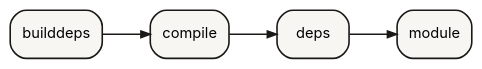
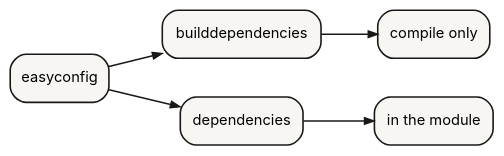
One commit to HaoZeke/what-easybuild-is-doing changed the diagram in source/_static/diagrams/15-build-dependencies-are-not-dependencies.dot. Above: the diagram before and after it, drawn with Graphviz. The commit also changed 257 other files, not shown here.

```diff
--- a/source/_static/diagrams/15-build-dependencies-are-not-dependencies.dot
+++ b/source/_static/diagrams/15-build-dependencies-are-not-dependencies.dot
@@ -1,14 +1,15 @@
 digraph g_15_build_dependencies_are_not_dependencies {
-  graph [rankdir=LR, bgcolor="transparent", pad="0.2", nodesep="0.35", ranksep="0.5",
+  graph [rankdir=LR, bgcolor="transparent", pad="0.2", nodesep="0.4", ranksep="0.55",
          fontname="Inter,Helvetica,sans-serif"];
   node [shape=box, style="rounded,filled", fillcolor="#f7f6f3", color="#1a1917",
         fontname="Inter,Helvetica,sans-serif", fontsize=11, penwidth=1.2];
   edge [color="#1a1917", arrowsize=0.7, penwidth=1.1];
-  n0 [label="builddeps"];
-  n1 [label="compile"];
-  n2 [label="deps"];
-  n3 [label="module"];
-  n0 -> n1;
-  n1 -> n2;
-  n2 -> n3;
+  rec [label="easyconfig"];
+  bd [label="builddependencies"];
+  dep [label="dependencies"];
+  compile [label="compile only"];
+  module [label="in the module"];
+  rec -> bd -> compile;
+  rec -> dep -> module;
+
 }
```
